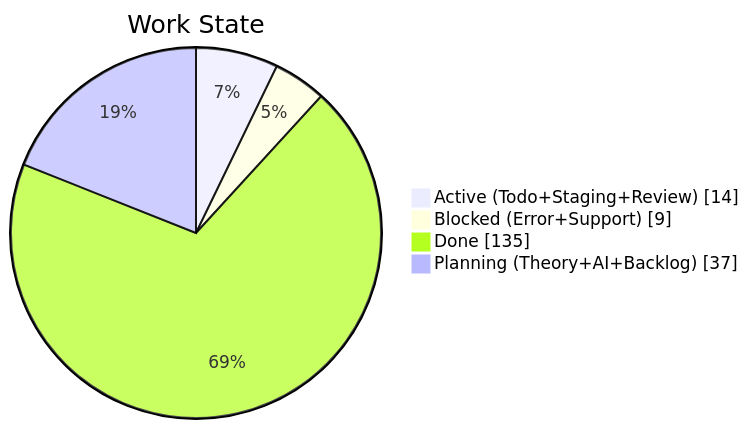
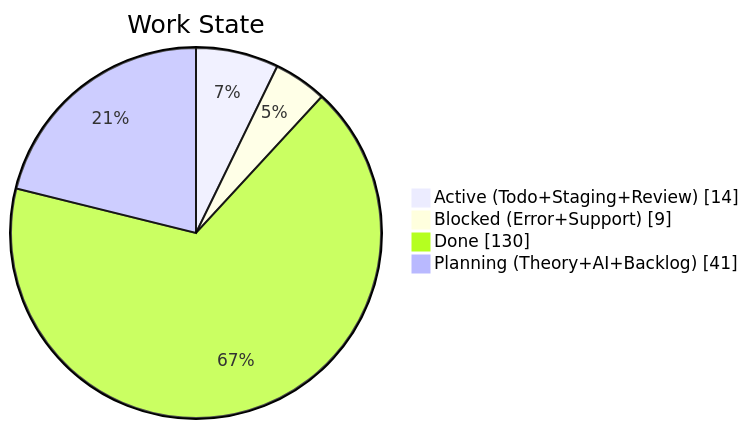
One commit to KBVE/kbve changed the second of 4 diagrams in apps/kbve/astro-kbve/src/content/docs/dashboard/kanban-data.mdx. Above: the diagram before and after it, drawn with Mermaid. The commit also changed other lines of this file and 8 other files, not shown here.

````diff
--- a/apps/kbve/astro-kbve/src/content/docs/dashboard/kanban-data.mdx
+++ b/apps/kbve/astro-kbve/src/content/docs/dashboard/kanban-data.mdx
@@ -68,8 +68,8 @@
 ```mermaid
 pie showData
     title Work State
     "Active (Todo+Staging+Review)" : 14
     "Blocked (Error+Support)" : 9
-    "Done" : 135
-    "Planning (Theory+AI+Backlog)" : 37
+    "Done" : 130
+    "Planning (Theory+AI+Backlog)" : 41
 ```
````
